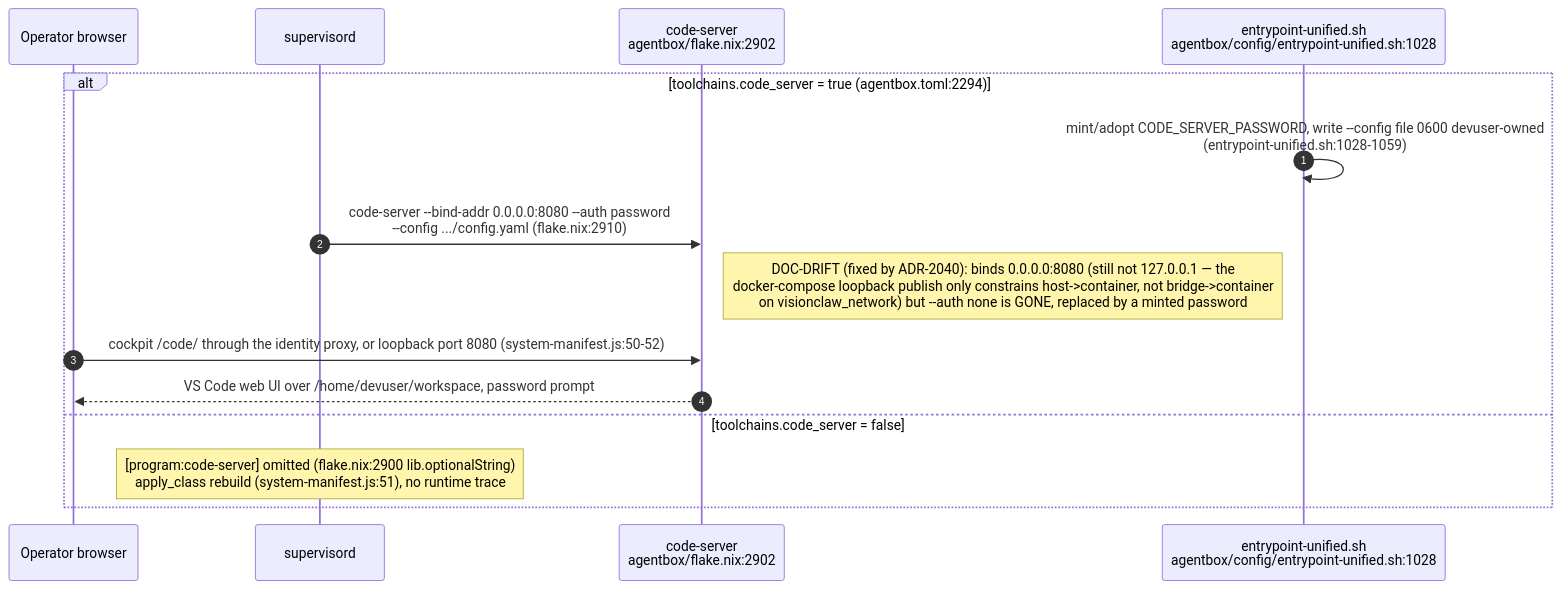
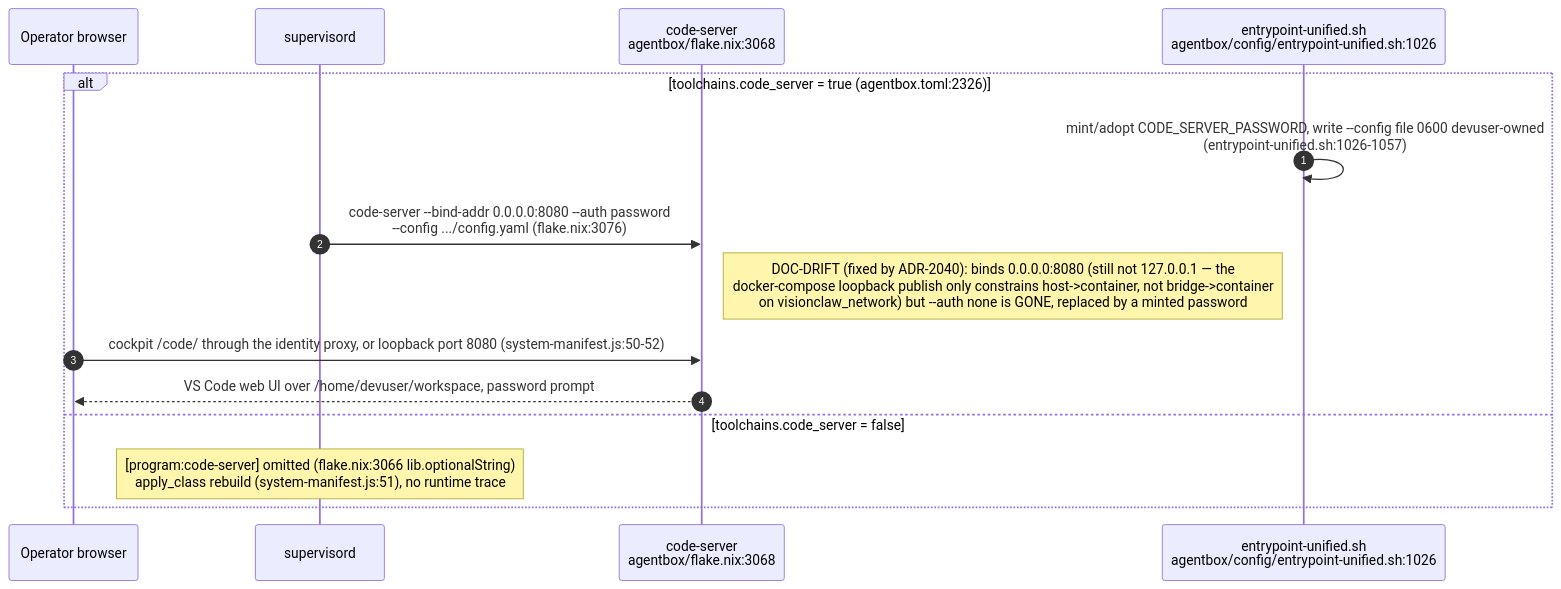
The sixth of 14 diagrams in docs/diagrams/agentbox/27-media-gpu-capability-services.md (DreamLab-AI/VisionFlow), drawn with Mermaid before and after one commit. The commit also changed other lines of this file and 5 other files, not shown here.

````diff
--- a/docs/diagrams/agentbox/27-media-gpu-capability-services.md
+++ b/docs/diagrams/agentbox/27-media-gpu-capability-services.md
@@ -213,18 +214,18 @@
 ```mermaid
 sequenceDiagram
     autonumber
     participant Op as Operator browser
     participant Sup as supervisord
-    participant CS as code-server<br/>agentbox/flake.nix:2902
-    participant Entry as entrypoint-unified.sh<br/>agentbox/config/entrypoint-unified.sh:1028
+    participant CS as code-server<br/>agentbox/flake.nix:3068
+    participant Entry as entrypoint-unified.sh<br/>agentbox/config/entrypoint-unified.sh:1026
 
-    alt toolchains.code_server = true (agentbox.toml:2294)
-        Entry->>Entry: mint/adopt CODE_SERVER_PASSWORD, write --config file 0600 devuser-owned<br/>(entrypoint-unified.sh:1028-1059)
-        Sup->>CS: code-server --bind-addr 0.0.0.0:8080 --auth password<br/>--config .../config.yaml (flake.nix:2910)
+    alt toolchains.code_server = true (agentbox.toml:2326)
+        Entry->>Entry: mint/adopt CODE_SERVER_PASSWORD, write --config file 0600 devuser-owned<br/>(entrypoint-unified.sh:1026-1057)
+        Sup->>CS: code-server --bind-addr 0.0.0.0:8080 --auth password<br/>--config .../config.yaml (flake.nix:3076)
         Note right of CS: DOC-DRIFT (fixed by ADR-2040): binds 0.0.0.0:8080 (still not 127.0.0.1 — the<br/>docker-compose loopback publish only constrains host->container, not bridge->container<br/>on visionclaw_network) but --auth none is GONE, replaced by a minted password
         Op->>CS: cockpit /code/ through the identity proxy, or loopback port 8080 (system-manifest.js:50-52)
         CS-->>Op: VS Code web UI over /home/devuser/workspace, password prompt
     else toolchains.code_server = false
-        Note over Sup: [program:code-server] omitted (flake.nix:2900 lib.optionalString)<br/>apply_class rebuild (system-manifest.js:51), no runtime trace
+        Note over Sup: [program:code-server] omitted (flake.nix:3066 lib.optionalString)<br/>apply_class rebuild (system-manifest.js:51), no runtime trace
     end
 ```
````
